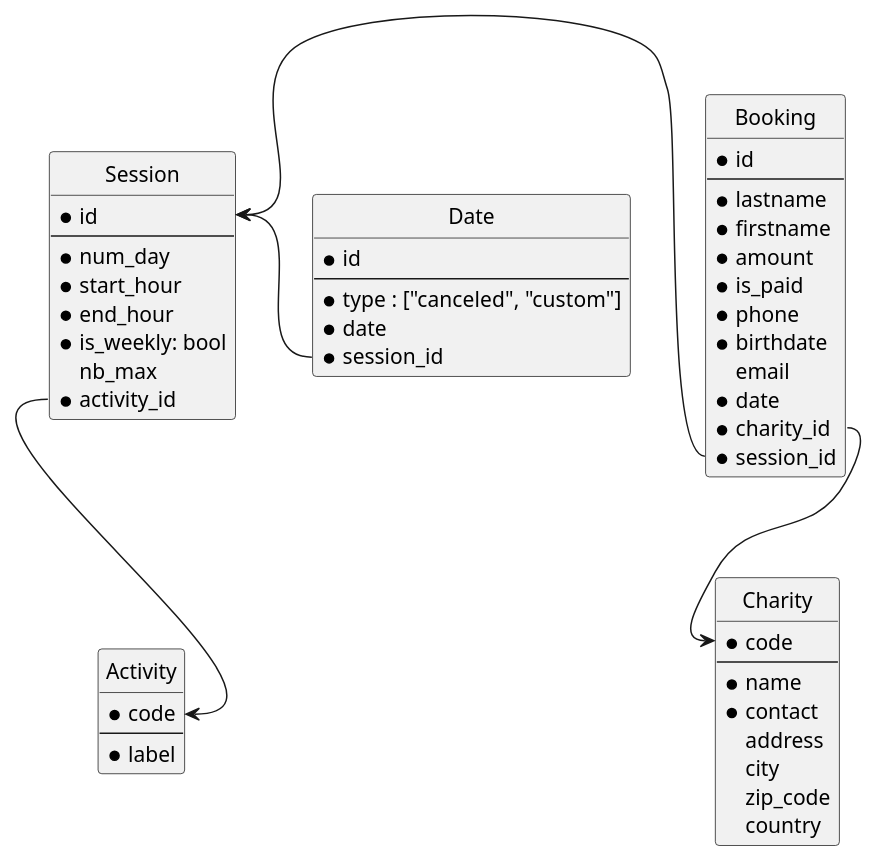
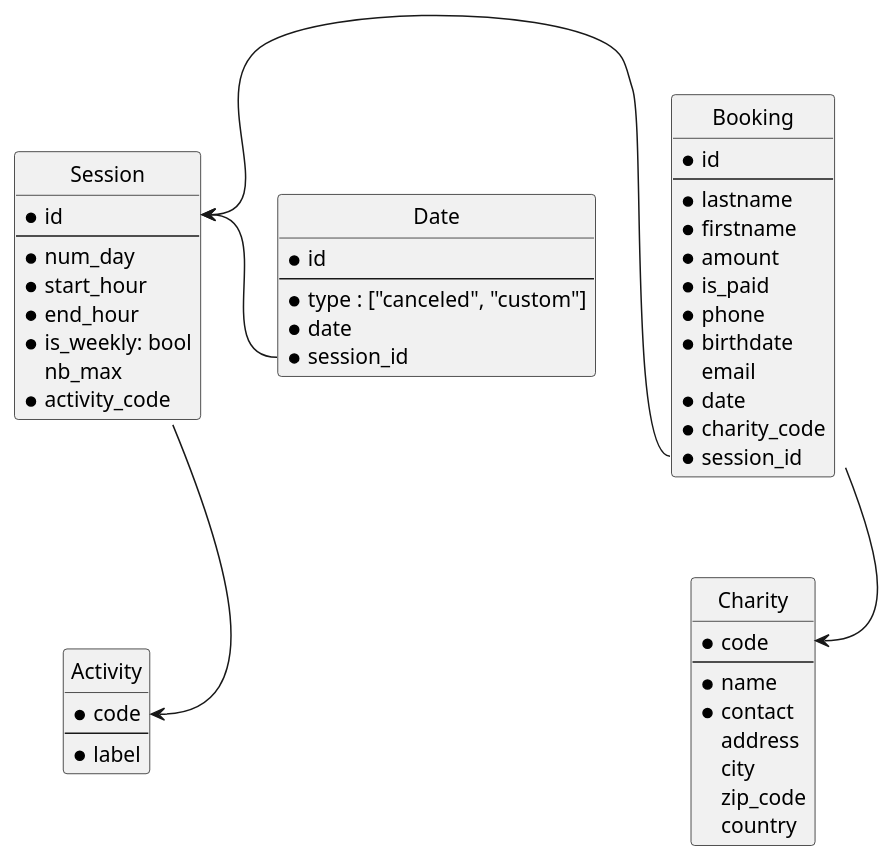
Before and after one commit to vsantele/IG2-java-projet: the diagram in schema/relation.puml, drawn with PlantUML. The commit also changed 9 other files, not shown here.

```diff
--- a/schema/relation.puml
+++ b/schema/relation.puml
@@ -1,60 +1,60 @@
 @startuml relation
 hide circle
 
   entity Activity {
     * code
     --
     * label
   }
 
   entity Session {
     * id
     --
     * num_day
     * start_hour
     * end_hour
     * is_weekly: bool
     nb_max
-    * activity_id
+    * activity_code
   }
 
   entity Booking {
     * id
     --
     * lastname
     * firstname
     * amount
     * is_paid
     * phone
     * birthdate
     email
     * date
-    * charity_id
+    * charity_code
     * session_id
   }
 
   entity Date {
     * id
     --
     * type : ["canceled", "custom"]
     * date
     * session_id
   }
 
   entity Charity {
     * code
     --
     * name
     * contact
     address
     city
     zip_code
     country
   }
 
 
   Activity::code <-up- Session::activity_id
   Session::id <-right- Booking::session_id
   Session::id <-right- Date::session_id
   Charity::code <-up- Booking::charity_id
 @enduml
```
